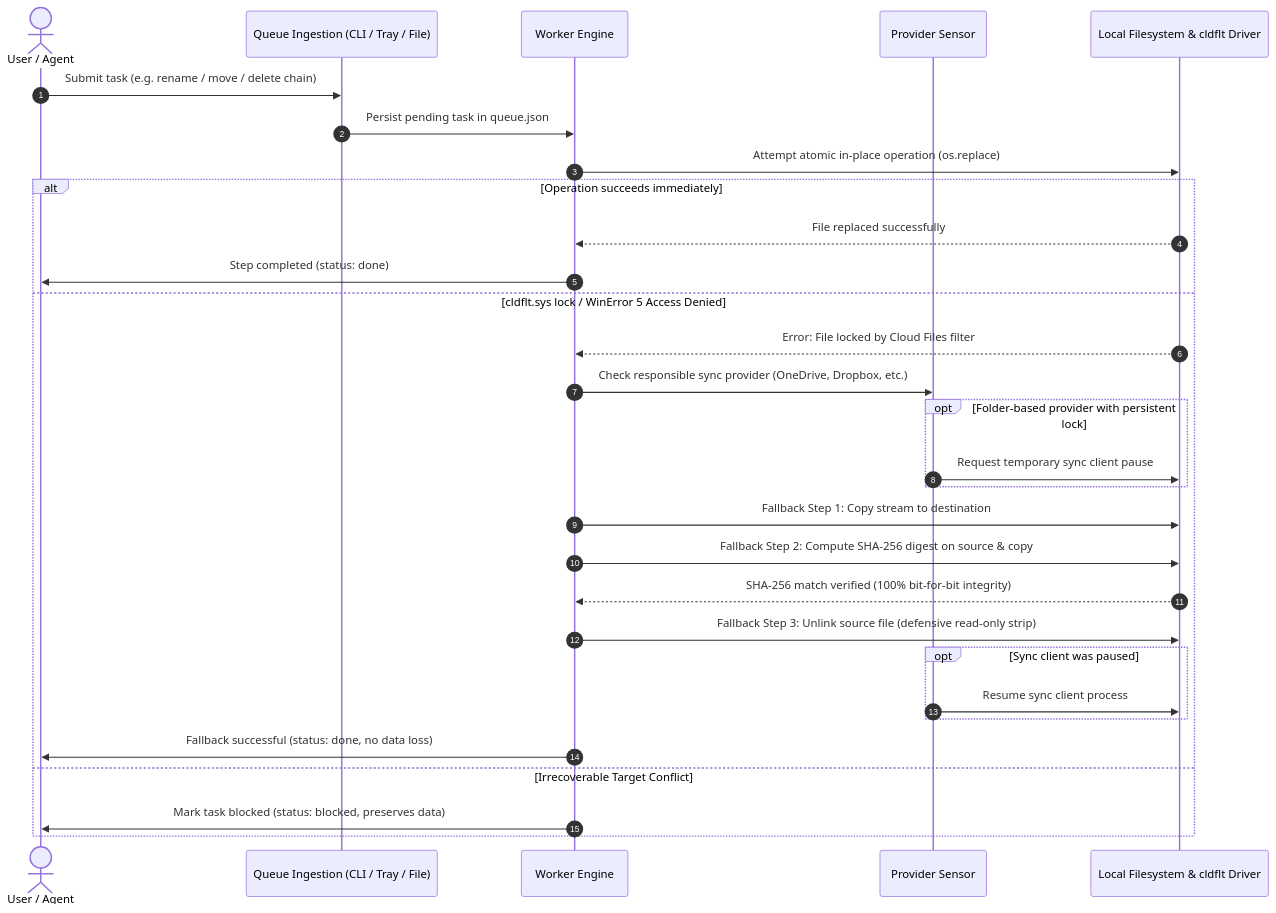
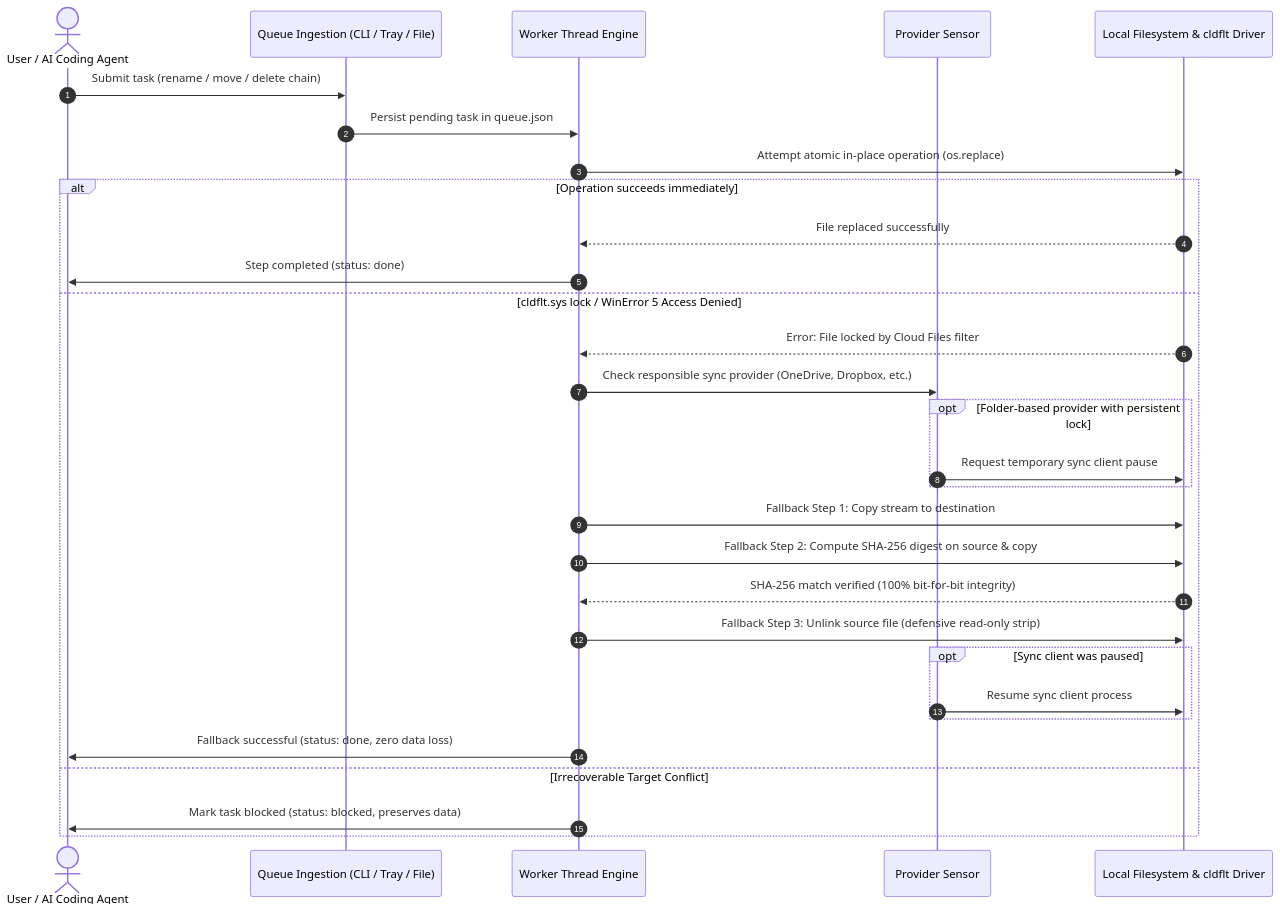
Before and after one commit to file-bricks/CloudLockFixer: the second of 2 diagrams in README.md, drawn with Mermaid. The commit also changed other lines of this file and 7 other files, not shown here.

Commit message:
chore(marketing): Pfad B discoverability, visual architecture, 18-point nav parity & metadata contract [G 2026-09-18]

````diff
--- a/README.md
+++ b/README.md
@@ -130,34 +212,34 @@
 ```mermaid
 sequenceDiagram
     autonumber
-    actor User as User / Agent
+    actor User as User / AI Coding Agent
     participant Ingest as Queue Ingestion (CLI / Tray / File)
-    participant Worker as Worker Engine
+    participant Worker as Worker Thread Engine
     participant Sensor as Provider Sensor
     participant FS as Local Filesystem & cldflt Driver
 
-    User->>Ingest: Submit task (e.g. rename / move / delete chain)
+    User->>Ingest: Submit task (rename / move / delete chain)
     Ingest->>Worker: Persist pending task in queue.json
     Worker->>FS: Attempt atomic in-place operation (os.replace)
 
     alt Operation succeeds immediately
         FS-->>Worker: File replaced successfully
         Worker->>User: Step completed (status: done)
     else cldflt.sys lock / WinError 5 Access Denied
         FS-->>Worker: Error: File locked by Cloud Files filter
         Worker->>Sensor: Check responsible sync provider (OneDrive, Dropbox, etc.)
         opt Folder-based provider with persistent lock
             Sensor->>FS: Request temporary sync client pause
         end
         Worker->>FS: Fallback Step 1: Copy stream to destination
         Worker->>FS: Fallback Step 2: Compute SHA-256 digest on source & copy
         FS-->>Worker: SHA-256 match verified (100% bit-for-bit integrity)
         Worker->>FS: Fallback Step 3: Unlink source file (defensive read-only strip)
         opt Sync client was paused
             Sensor->>FS: Resume sync client process
         end
-        Worker->>User: Fallback successful (status: done, no data loss)
+        Worker->>User: Fallback successful (status: done, zero data loss)
     else Irrecoverable Target Conflict
         Worker->>User: Mark task blocked (status: blocked, preserves data)
     end
 ```
````
